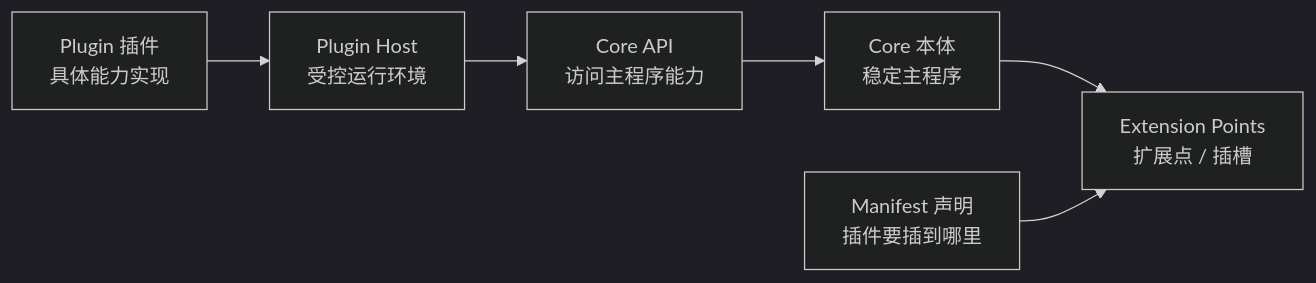
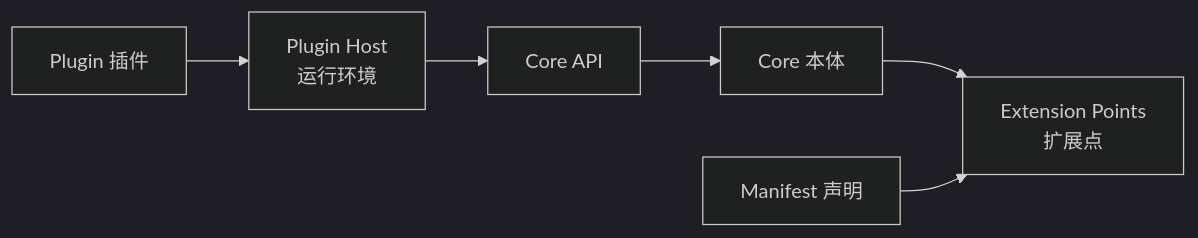
The first of 8 diagrams in job/mod/pc-plugin-vscode.md (XiaoYang1127/dev-doc), drawn with Mermaid (dark theme) before and after one commit. The commit also changed other lines of this file and 5 other files, not shown here.

````diff
--- a/job/mod/pc-plugin-vscode.md
+++ b/job/mod/pc-plugin-vscode.md
@@ -17,8 +15,8 @@
 ```mermaid
 flowchart LR
-    Core[Core 本体<br/>稳定主程序] --> Points[Extension Points<br/>扩展点 / 插槽]
-    Manifest[Manifest 声明<br/>插件要插到哪里] --> Points
-    Plugin[Plugin 插件<br/>具体能力实现] --> Host[Plugin Host<br/>受控运行环境]
-    Host --> API[Core API<br/>访问主程序能力]
+    Core[Core 本体] --> Points[Extension Points<br/>扩展点]
+    Manifest[Manifest 声明] --> Points
+    Plugin[Plugin 插件] --> Host[Plugin Host<br/>运行环境]
+    Host --> API[Core API]
     API --> Core
 ```
````
